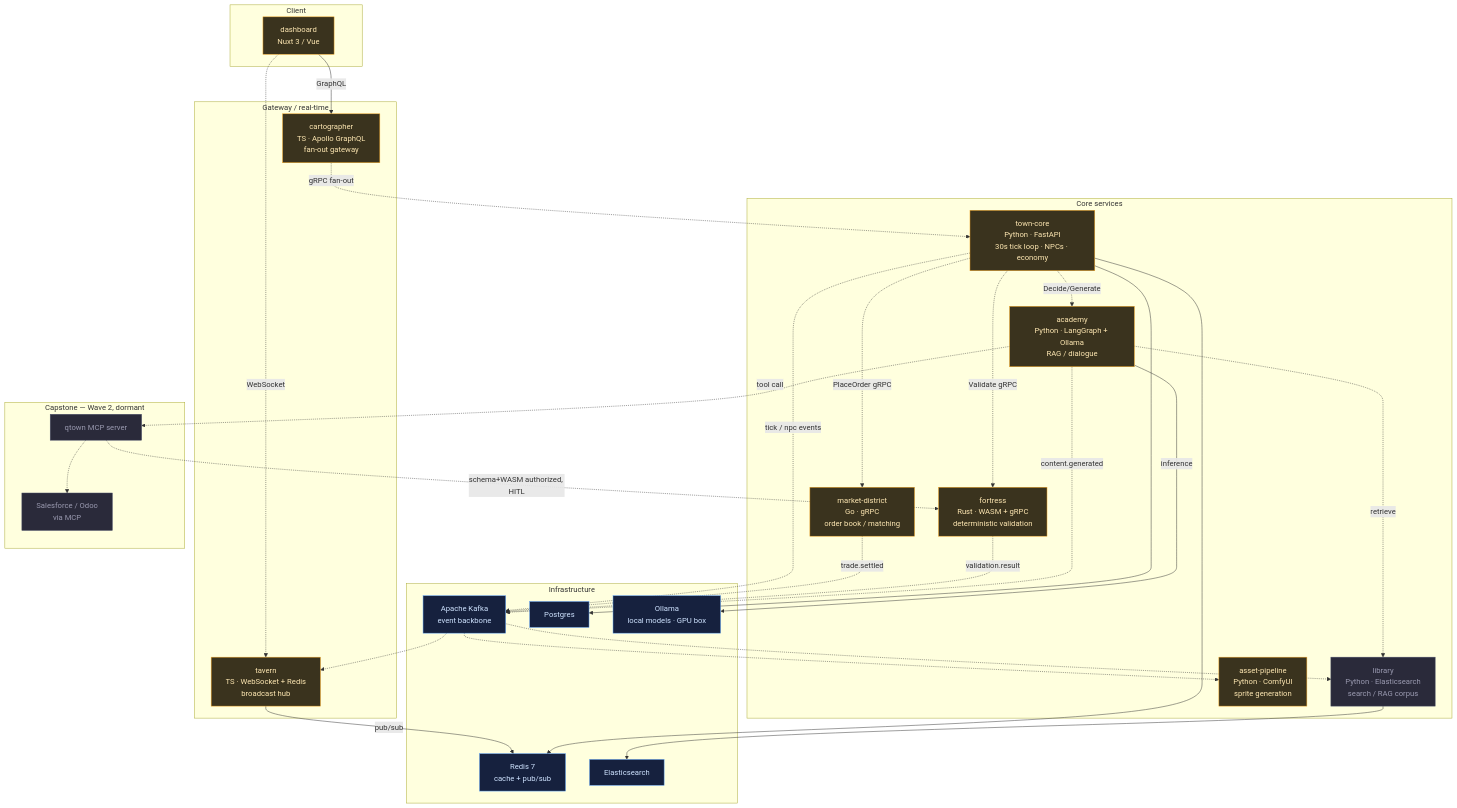
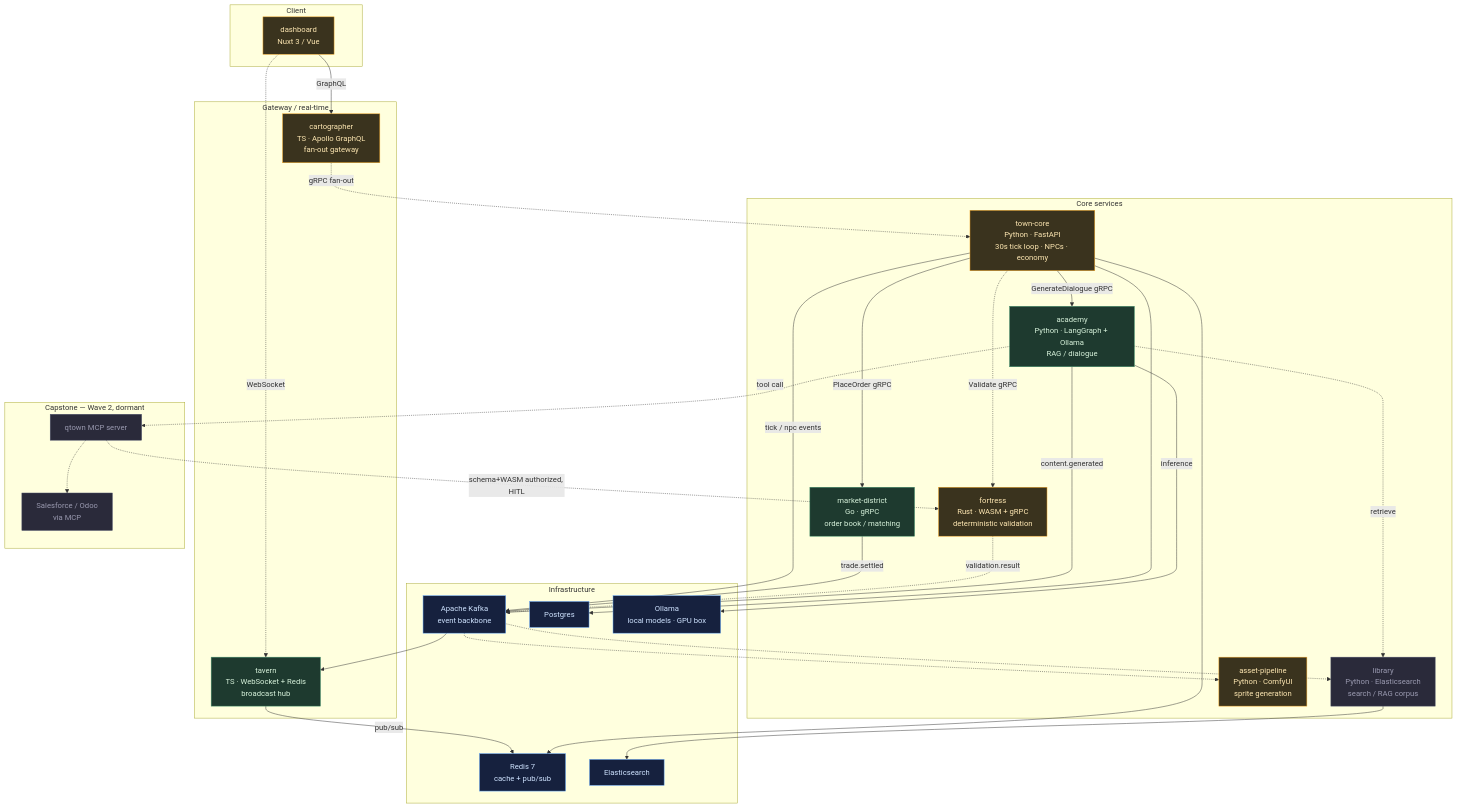
Before and after one commit to kbadinger/qtown: the first of 4 diagrams in docs/architecture.md, drawn with Mermaid. The commit also changed other lines of this file and 4 other files, not shown here.

````diff
--- a/docs/architecture.md
+++ b/docs/architecture.md
@@ -30,70 +32,70 @@
 ```mermaid
 flowchart TB
   classDef green   fill:#1e3a2f,stroke:#40916c,color:#d8f3dc;
   classDef partial fill:#3a331e,stroke:#f5a623,color:#ffe8b3;
   classDef dormant fill:#2a2a3a,stroke:#4a4e69,color:#9a9ab0;
   classDef infra   fill:#16213e,stroke:#60a5fa,color:#cfe3ff;
 
   subgraph CLIENT[Client]
     dashboard["dashboard<br/>Nuxt 3 / Vue"]:::partial
   end
 
   subgraph EDGE[Gateway / real-time]
     cartographer["cartographer<br/>TS · Apollo GraphQL<br/>fan-out gateway"]:::partial
-    tavern["tavern<br/>TS · WebSocket + Redis<br/>broadcast hub"]:::partial
+    tavern["tavern<br/>TS · WebSocket + Redis<br/>broadcast hub"]:::green
   end
 
   subgraph CORE[Core services]
     towncore["town-core<br/>Python · FastAPI<br/>30s tick loop · NPCs · economy"]:::partial
-    market["market-district<br/>Go · gRPC<br/>order book / matching"]:::partial
+    market["market-district<br/>Go · gRPC<br/>order book / matching"]:::green
     fortress["fortress<br/>Rust · WASM + gRPC<br/>deterministic validation"]:::partial
-    academy["academy<br/>Python · LangGraph + Ollama<br/>RAG / dialogue"]:::partial
+    academy["academy<br/>Python · LangGraph + Ollama<br/>RAG / dialogue"]:::green
     library["library<br/>Python · Elasticsearch<br/>search / RAG corpus"]:::dormant
     assets["asset-pipeline<br/>Python · ComfyUI<br/>sprite generation"]:::partial
   end
 
   subgraph INFRA[Infrastructure]
     kafka["Apache Kafka<br/>event backbone"]:::infra
     redis["Redis 7<br/>cache + pub/sub"]:::infra
     pg["Postgres"]:::infra
     es["Elasticsearch"]:::infra
     ollama["Ollama<br/>local models · GPU box"]:::infra
   end
 
   subgraph EXT[Capstone — Wave 2, dormant]
     mcp["qtown MCP server"]:::dormant
     saas["Salesforce / Odoo<br/>via MCP"]:::dormant
   end
 
   %% client edges
   dashboard -->|GraphQL| cartographer
   dashboard -.->|WebSocket| tavern
 
   %% gateway edges
   cartographer -.->|gRPC fan-out| towncore
   tavern -->|pub/sub| redis
 
-  %% core synchronous contracts (mostly not wired yet = dashed)
-  towncore -.->|PlaceOrder gRPC| market
+  %% core synchronous contracts (solid = wired and exercised e2e; dashed = planned / one-sided)
+  towncore -->|PlaceOrder gRPC| market
   towncore -.->|Validate gRPC| fortress
-  towncore -.->|Decide/Generate| academy
+  towncore -->|GenerateDialogue gRPC| academy
   academy -->|inference| ollama
   academy -.->|retrieve| library
   library --> es
 
   %% event backbone
-  towncore -.->|tick / npc events| kafka
-  market -.->|trade.settled| kafka
+  towncore -->|tick / npc events| kafka
+  market -->|trade.settled| kafka
   fortress -.->|validation.result| kafka
-  academy -.->|content.generated| kafka
-  kafka -.-> tavern
+  academy -->|content.generated| kafka
+  kafka --> tavern
   kafka -.-> library
   kafka -.-> assets
   towncore --> redis
   towncore --> pg
 
   %% capstone
   academy -.->|tool call| mcp
   mcp -.->|schema+WASM authorized, HITL| fortress
   mcp -.-> saas
 ```
````
